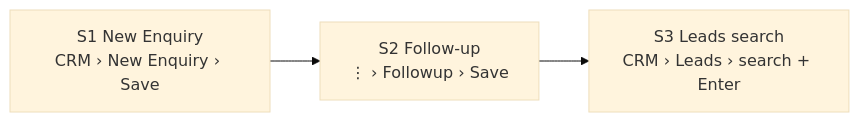
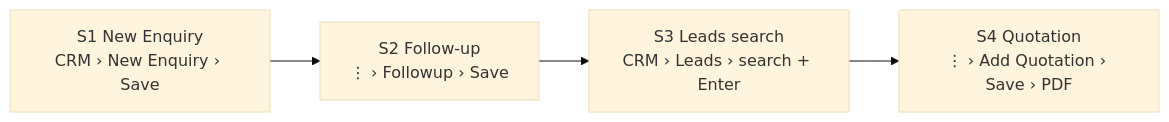
The second of 2 diagrams in mobile/docs/TEST-FLOW.md (vismayatk/Progbiz-erp-testers), drawn with Mermaid (base theme) before and after one commit. The commit also changed other lines of this file and 9 other files, not shown here.

First line of the commit message:
Add quotation flow with PDF check, emulator DNS fix and code docs

````diff
--- a/mobile/docs/TEST-FLOW.md
+++ b/mobile/docs/TEST-FLOW.md
@@ -37,4 +37,4 @@
 ```mermaid
 flowchart LR
-    S1["S1 New Enquiry<br/>CRM › New Enquiry › Save"] --> S2["S2 Follow-up<br/>⋮ › Followup › Save"] --> S3["S3 Leads search<br/>CRM › Leads › search + Enter"]
+    S1["S1 New Enquiry<br/>CRM › New Enquiry › Save"] --> S2["S2 Follow-up<br/>⋮ › Followup › Save"] --> S3["S3 Leads search<br/>CRM › Leads › search + Enter"] --> S4["S4 Quotation<br/>⋮ › Add Quotation › Save › PDF"]
 ```
````
